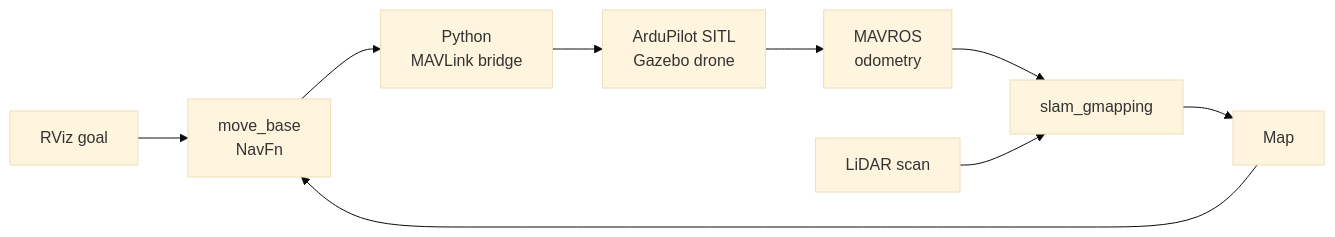
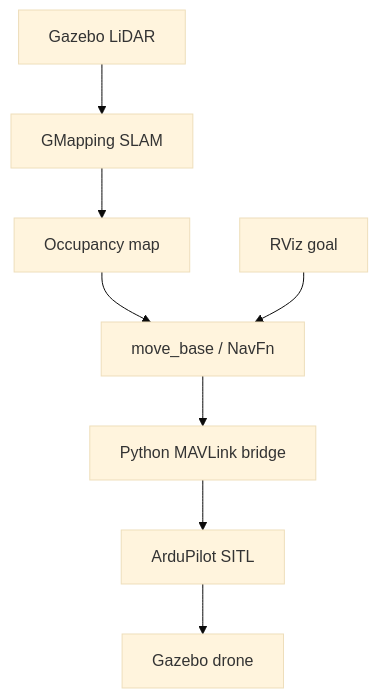
One commit to AlaaRadhwan/ros1-drone-slam-navigation changed the diagram in README.md. Above: the diagram before and after it, drawn with Mermaid (base theme).

Commit message:
README: compact top-to-bottom architecture diagram

````diff
--- a/README.md
+++ b/README.md
@@ -27,11 +27,10 @@
 ```mermaid
-flowchart LR
-  A["RViz goal"] --> B["move_base<br/>NavFn"]
-  B --> C["Python<br/>MAVLink bridge"]
-  C --> D["ArduPilot SITL<br/>Gazebo drone"]
-  D --> O["MAVROS<br/>odometry"]
-  O --> S["slam_gmapping"]
-  L["LiDAR scan"] --> S
-  S --> M["Map"]
-  M --> B
+flowchart TB
+    L["Gazebo LiDAR"] --> S["GMapping SLAM"]
+    S --> M["Occupancy map"]
+    M --> P["move_base / NavFn"]
+    R["RViz goal"] --> P
+    P --> B["Python MAVLink bridge"]
+    B --> A["ArduPilot SITL"]
+    A --> D["Gazebo drone"]
 ```
````
